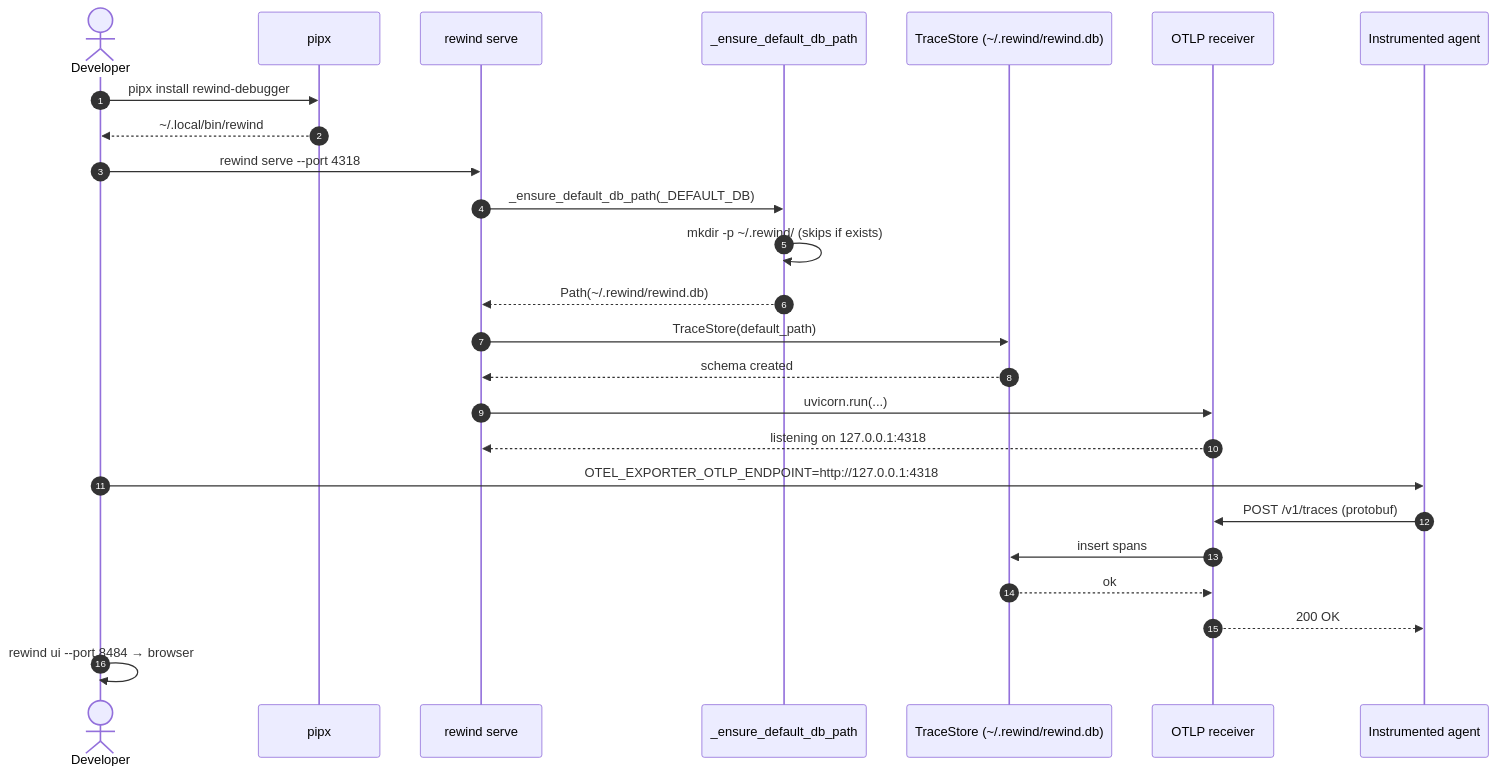
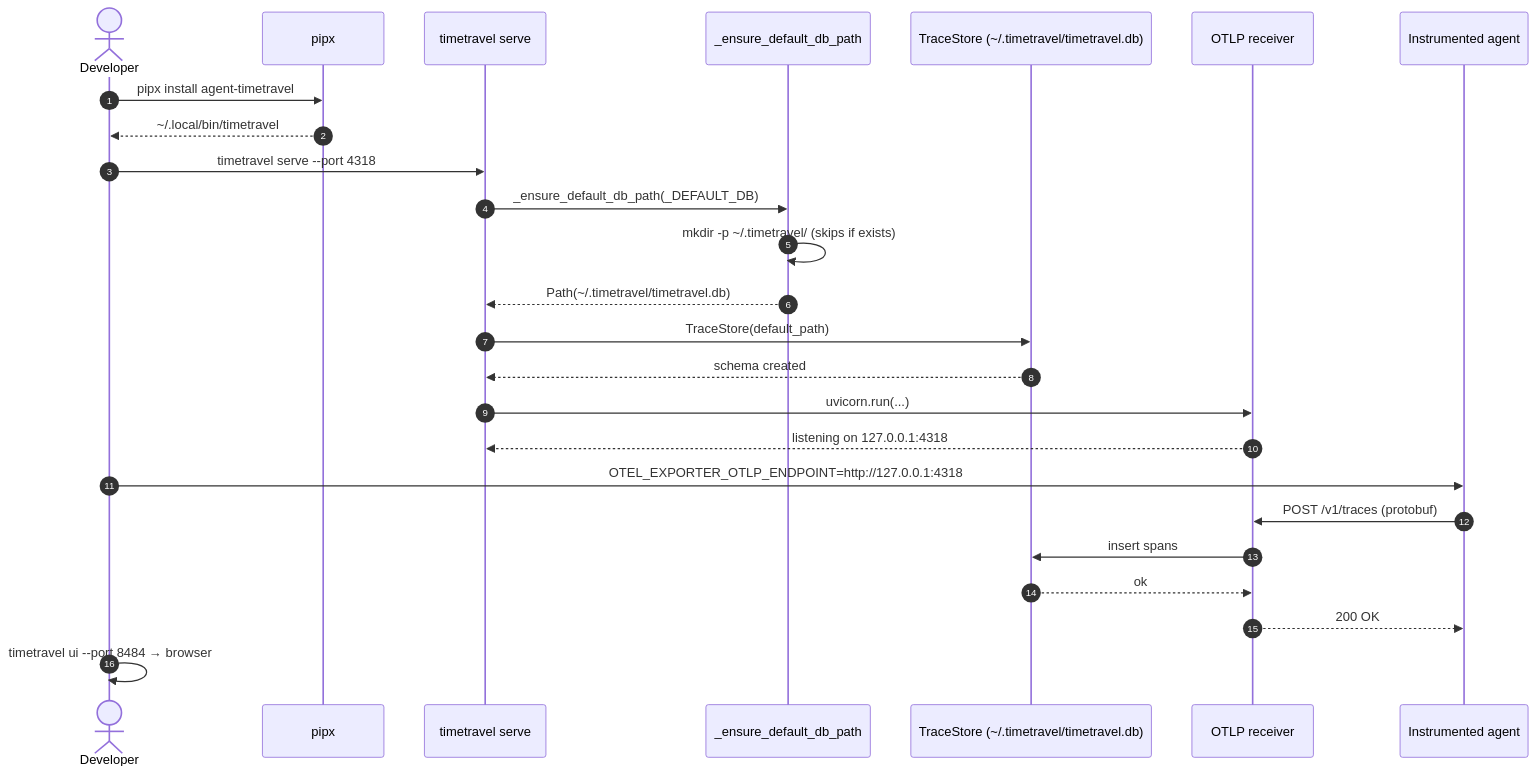
The second of 4 diagrams in docs/phases/phase-8.md (akshay-mp/Rewind), drawn with Mermaid before and after one commit. The commit also changed other lines of this file and 244 other files, not shown here.

First line of the commit message:
Rebrand to agent-timetravel

````diff
--- a/docs/phases/phase-8.md
+++ b/docs/phases/phase-8.md
@@ -166,27 +166,27 @@
 ```mermaid
 sequenceDiagram
     autonumber
     actor U as Developer
     participant Pipx as pipx
-    participant CLI as rewind serve
+    participant CLI as timetravel serve
     participant Ensure as _ensure_default_db_path
-    participant Store as TraceStore (~/.rewind/rewind.db)
+    participant Store as TraceStore (~/.timetravel/timetravel.db)
     participant Recv as OTLP receiver
     participant Agent as Instrumented agent
-    U->>Pipx: pipx install rewind-debugger
-    Pipx-->>U: ~/.local/bin/rewind
-    U->>CLI: rewind serve --port 4318
+    U->>Pipx: pipx install agent-timetravel
+    Pipx-->>U: ~/.local/bin/timetravel
+    U->>CLI: timetravel serve --port 4318
     CLI->>Ensure: _ensure_default_db_path(_DEFAULT_DB)
-    Ensure->>Ensure: mkdir -p ~/.rewind/ (skips if exists)
-    Ensure-->>CLI: Path(~/.rewind/rewind.db)
+    Ensure->>Ensure: mkdir -p ~/.timetravel/ (skips if exists)
+    Ensure-->>CLI: Path(~/.timetravel/timetravel.db)
     CLI->>Store: TraceStore(default_path)
     Store-->>CLI: schema created
     CLI->>Recv: uvicorn.run(...)
     Recv-->>CLI: listening on 127.0.0.1:4318
     U->>Agent: OTEL_EXPORTER_OTLP_ENDPOINT=http://127.0.0.1:4318
     Agent->>Recv: POST /v1/traces (protobuf)
     Recv->>Store: insert spans
     Store-->>Recv: ok
     Recv-->>Agent: 200 OK
-    U->>U: rewind ui --port 8484 → browser
+    U->>U: timetravel ui --port 8484 → browser
 ```
````
